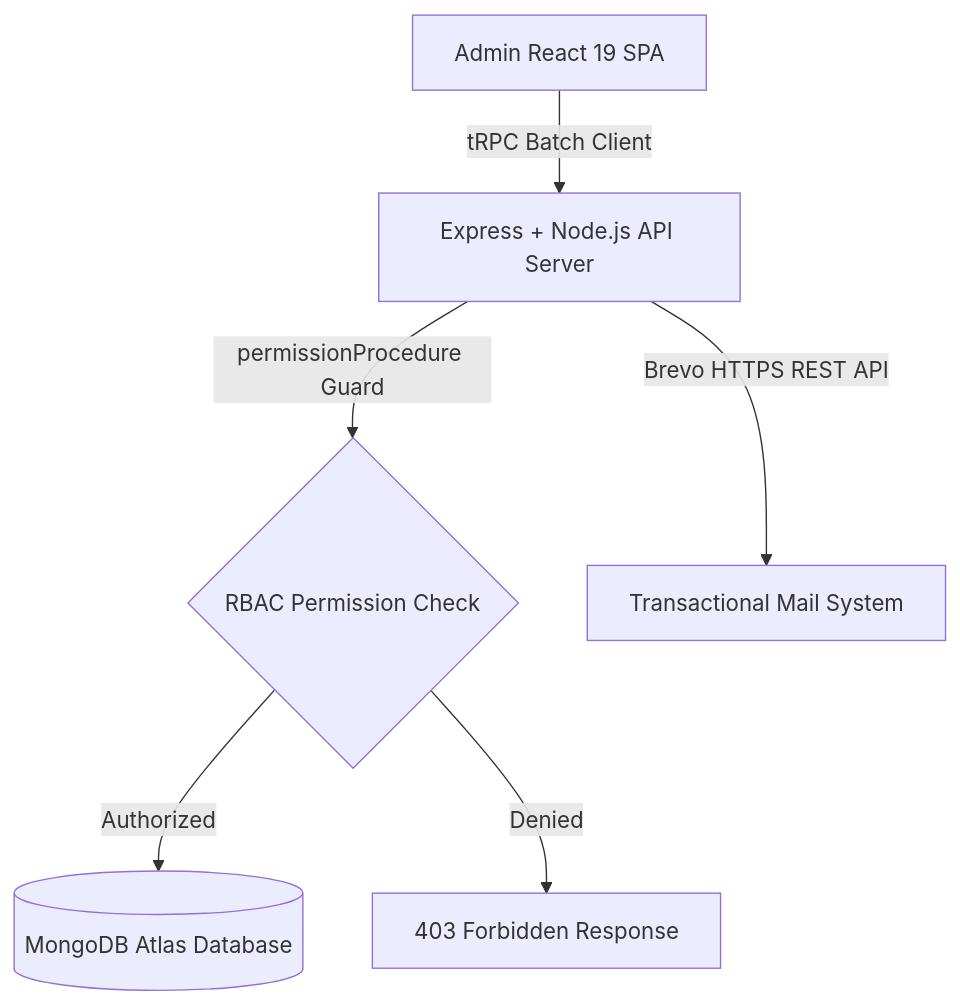
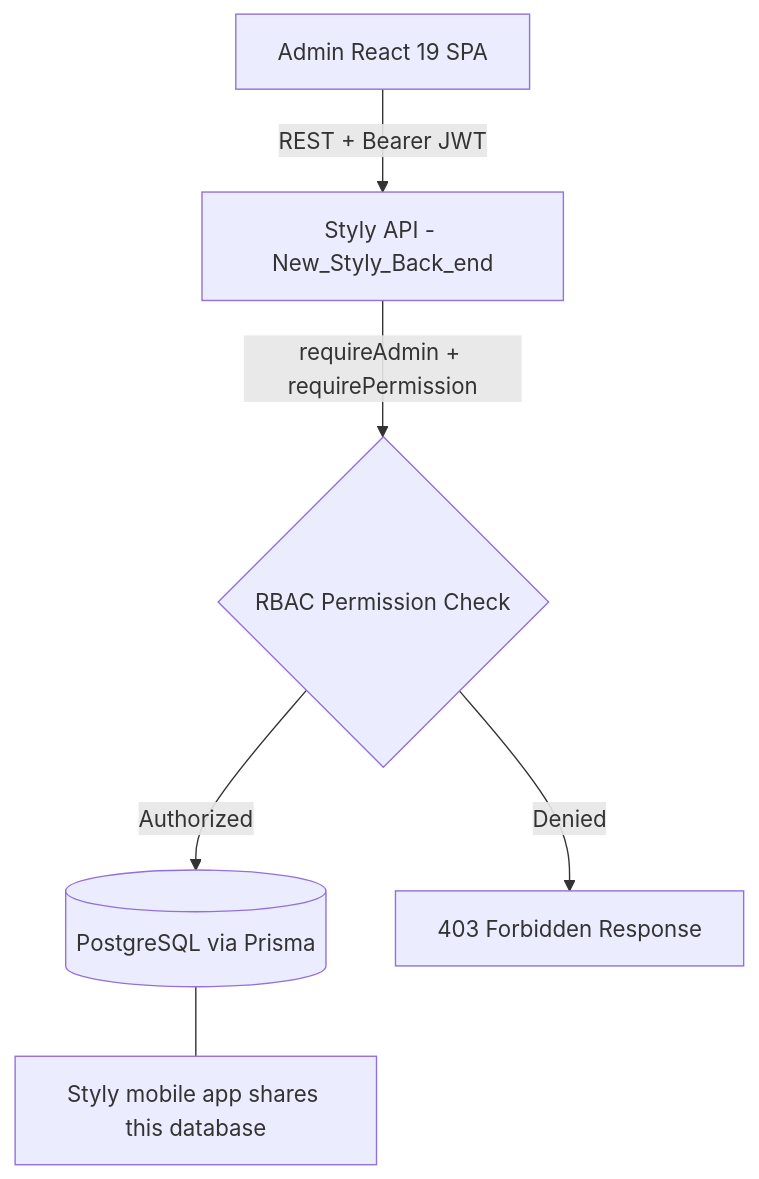
The diagram in README.md (7amouch2k01-oss/admin-pannel-new-ver), drawn with Mermaid before and after one commit. The commit also changed other lines of this file and 115 other files, not shown here.

````diff
--- a/README.md
+++ b/README.md
@@ -80,8 +80,8 @@
 ```mermaid
 graph TD
-    A[Admin React 19 SPA] -->|tRPC Batch Client| B[Express + Node.js API Server]
-    B -->|permissionProcedure Guard| C{RBAC Permission Check}
-    C -->|Authorized| D[(MongoDB Atlas Database)]
+    A[Admin React 19 SPA] -->|REST + Bearer JWT| B[Styly API - New_Styly_Back_end]
+    B -->|requireAdmin + requirePermission| C{RBAC Permission Check}
+    C -->|Authorized| D[(PostgreSQL via Prisma)]
     C -->|Denied| E[403 Forbidden Response]
-    B -->|Brevo HTTPS REST API| F[Transactional Mail System]
+    D --- F[Styly mobile app shares this database]
 ```
````
